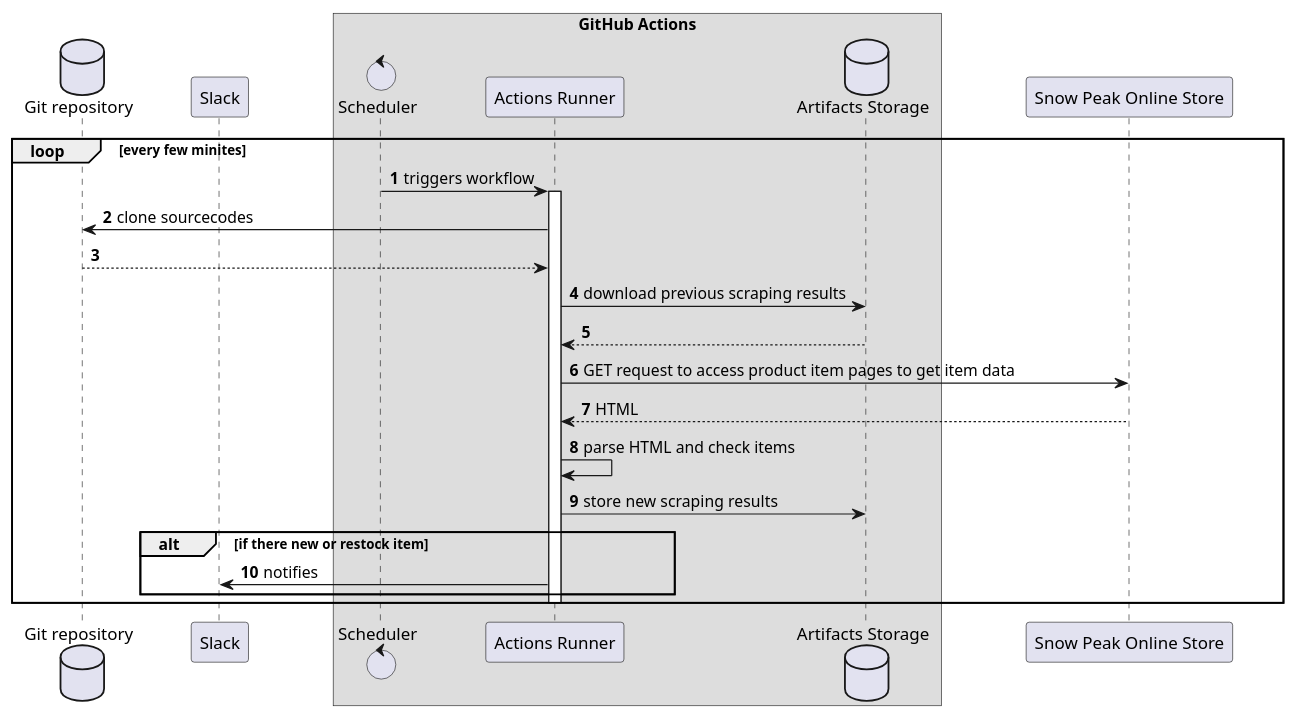
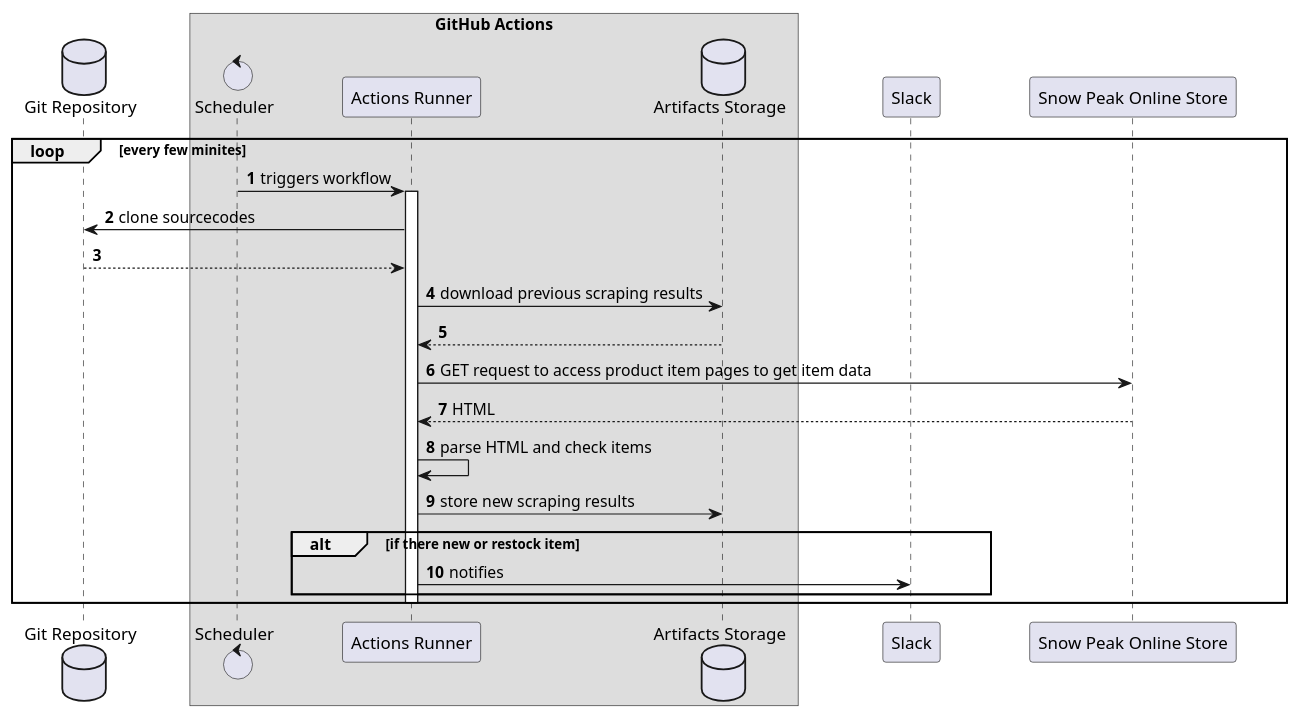
One commit to sugarshin/snowpeak-products-notifier changed the diagram in architecture.puml. Above: the diagram before and after it, drawn with PlantUML.

```diff
--- a/architecture.puml
+++ b/architecture.puml
@@ -1,34 +1,35 @@
 @startuml architecture
 autonumber
 skinparam BoxPadding 32
 skinparam ParticipantPadding 32
 
-database "Git repository" as repo
-participant "Slack" as slack
+database "Git Repository" as repo
 
 box GitHub Actions
-control "Scheduler" as sche
-participant "Actions Runner" as ghar
-database "Artifacts Storage" as ars
+  control "Scheduler" as sche
+  participant "Actions Runner" as ghar
+  database "Artifacts Storage" as ars
 end box
+
+participant "Slack" as slack
 
 participant "Snow Peak Online Store" as sp
 
 loop every few minites
   sche -> ghar: triggers workflow
   activate ghar
   ghar -> repo: clone sourcecodes
   ghar <-- repo
   ghar -> ars: download previous scraping results
   ghar <-- ars
   ghar -> sp: GET request to access product item pages to get item data
   ghar <-- sp: HTML
   ghar -> ghar: parse HTML and check items
   ghar -> ars: store new scraping results
   alt if there new or restock item
     ghar -> slack: notifies
   end
   deactivate ghar
 end
 
 @enduml
```
